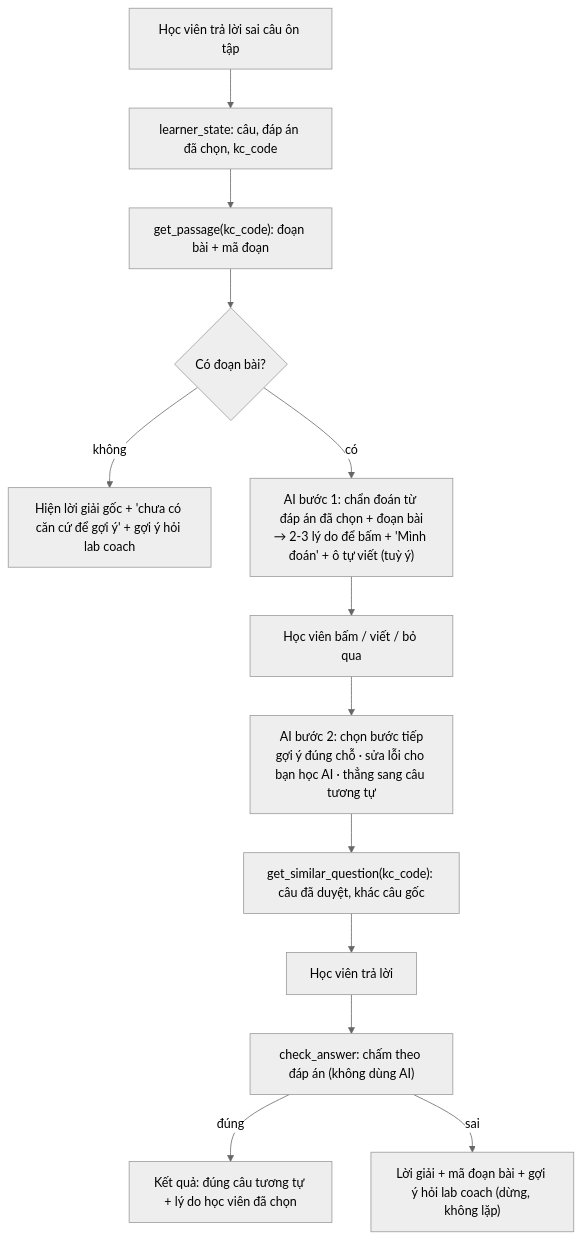
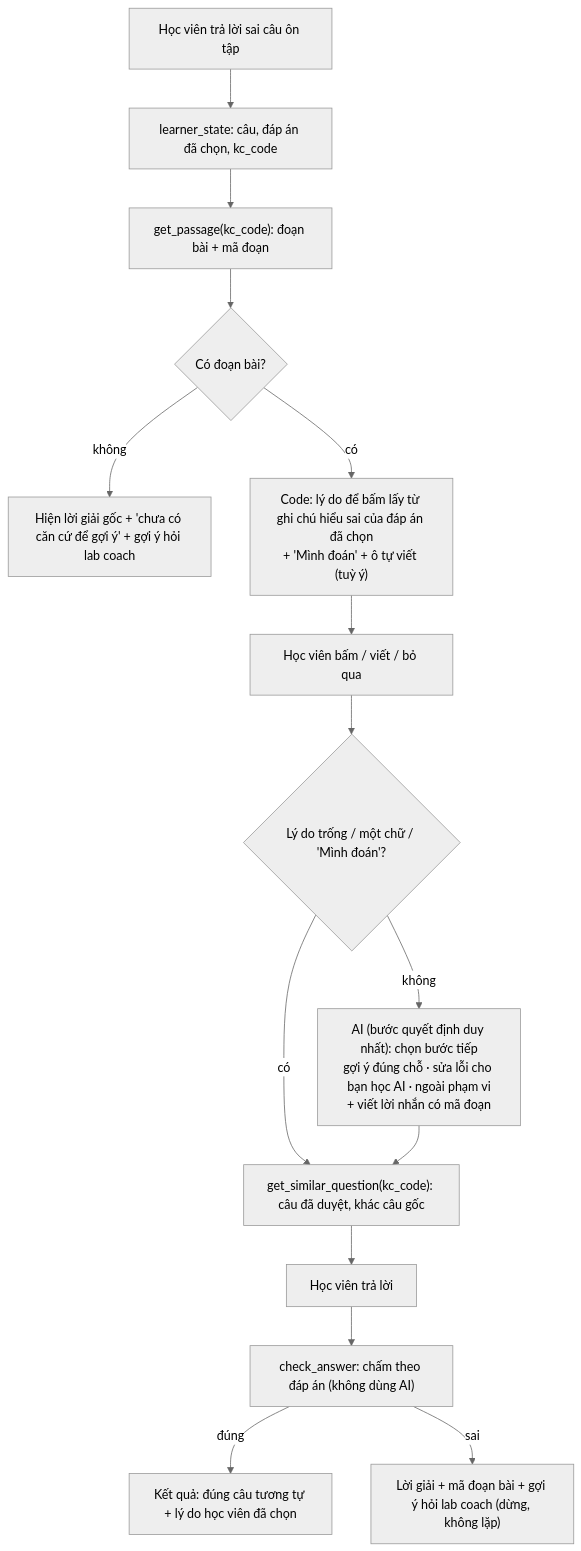
Before and after one commit to longpham2k2/K5-Day15-L3B-Zebra: the diagram in spec.md, drawn with Mermaid (neutral theme). The commit also changed other lines of this file and 5 other files, not shown here.

````diff
--- a/spec.md
+++ b/spec.md
@@ -59,15 +66,17 @@
 ```mermaid
 flowchart TD
   A[Học viên trả lời sai câu ôn tập] --> B["learner_state: câu, đáp án đã chọn, kc_code"]
   B --> C["get_passage(kc_code): đoạn bài + mã đoạn"]
   C --> D{Có đoạn bài?}
   D -- không --> Z["Hiện lời giải gốc + 'chưa có căn cứ để gợi ý' + gợi ý hỏi lab coach"]
-  D -- có --> E["AI bước 1: chẩn đoán từ đáp án đã chọn + đoạn bài<br/>→ 2-3 lý do để bấm + 'Mình đoán' + ô tự viết (tuỳ ý)"]
+  D -- có --> E["Code: lý do để bấm lấy từ ghi chú hiểu sai của đáp án đã chọn<br/>+ 'Mình đoán' + ô tự viết (tuỳ ý)"]
   E --> F[Học viên bấm / viết / bỏ qua]
-  F --> G["AI bước 2: chọn bước tiếp<br/>gợi ý đúng chỗ · sửa lỗi cho bạn học AI · thẳng sang câu tương tự"]
+  F --> F2{"Lý do trống / một chữ / 'Mình đoán'?"}
+  F2 -- có --> H
+  F2 -- không --> G["AI (bước quyết định duy nhất): chọn bước tiếp<br/>gợi ý đúng chỗ · sửa lỗi cho bạn học AI · ngoài phạm vi<br/>+ viết lời nhắn có mã đoạn"]
   G --> H["get_similar_question(kc_code): câu đã duyệt, khác câu gốc"]
   H --> I[Học viên trả lời]
   I --> J["check_answer: chấm theo đáp án (không dùng AI)"]
   J -- đúng --> K["Kết quả: đúng câu tương tự + lý do học viên đã chọn"]
   J -- sai --> L["Lời giải + mã đoạn bài + gợi ý hỏi lab coach (dừng, không lặp)"]
 ```
````
